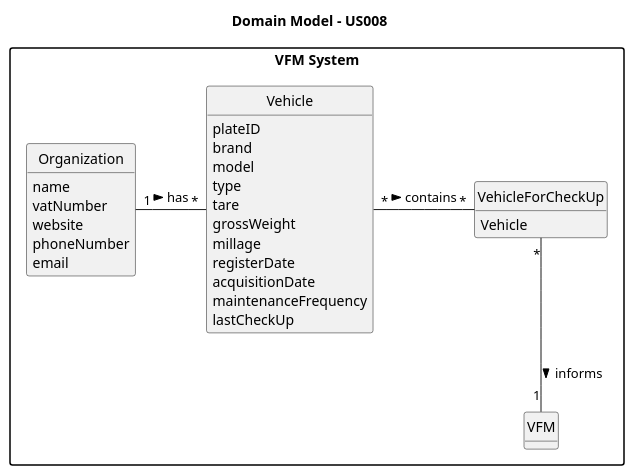
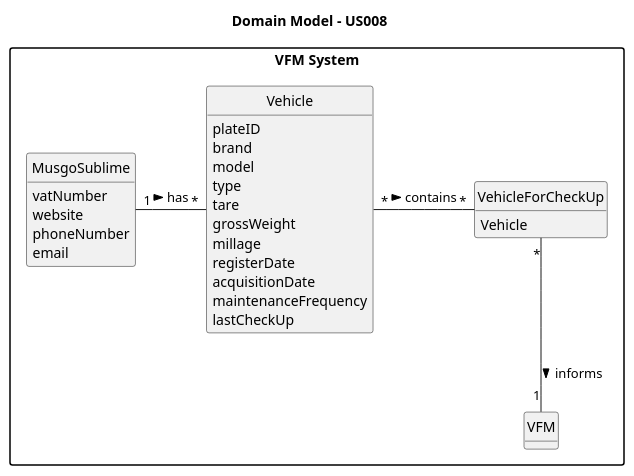
One commit to SAEmanuel/Green_Spaces_Management_ISEP changed the diagram in docs/sprintA/us008/02.analysis/puml/us008-domain-model.puml. Above: the diagram before and after it, drawn with PlantUML. The commit also changed 7 other files, not shown here.

```diff
--- a/docs/sprintA/us008/02.analysis/puml/us008-domain-model.puml
+++ b/docs/sprintA/us008/02.analysis/puml/us008-domain-model.puml
@@ -1,54 +1,54 @@
 @startuml
 skinparam monochrome true
 skinparam packageStyle rectangle
 skinparam shadowing false
 
 'left to right direction
 
 skinparam classAttributeIconSize 0
 
 hide circle
 hide methods
 package "VFM System" {
 
 title Domain Model - US008
 
 class VehicleForCheckUp {
     Vehicle
 }
 
 class VFM {
 }
 
 class Vehicle {
          plateID
          brand
          model
          type
          tare
          grossWeight
          millage
          registerDate
          acquisitionDate
          maintenanceFrequency
          lastCheckUp
 }
 
-class Organization {
-name
+class MusgoSublime {
 vatNumber
 website
 phoneNumber
 email
 }
 
 
 
-Organization "1" - "*" Vehicle: has >
+MusgoSublime "1" - "*" Vehicle: has >
 Vehicle "*"- "*" VehicleForCheckUp: contains >
 VehicleForCheckUp "*" -- "1" VFM : informs >
 
 
 
 
+
 @enduml
```
